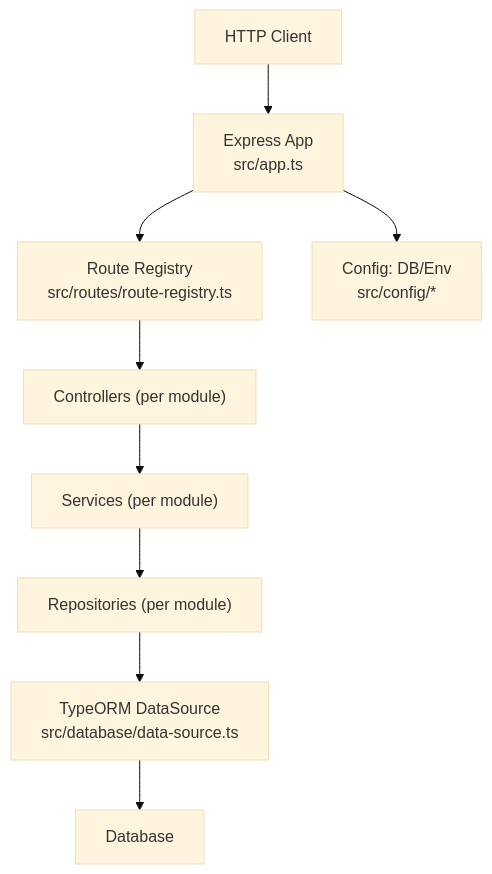
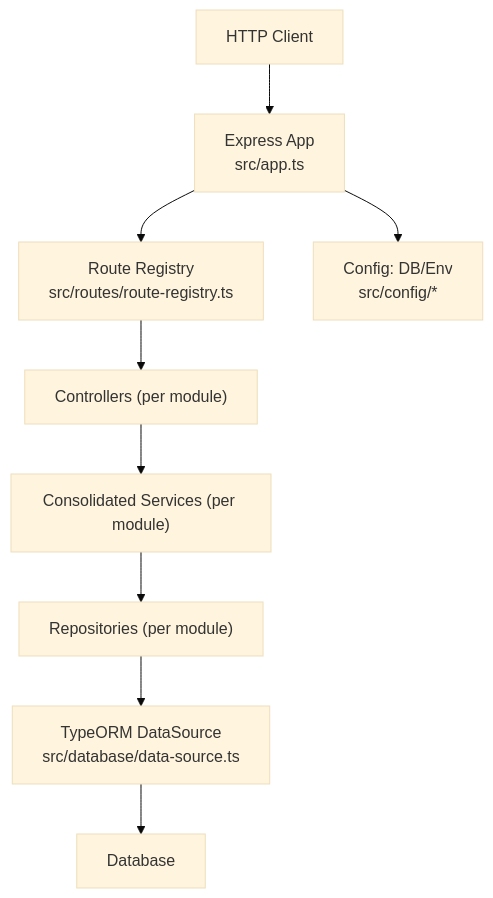
Before and after one commit to franckylab/eLISAschool: the first of 5 diagrams in .qoder/repowiki/en/content/System Architecture/Backend Architecture/Layered Architecture & Components.md, drawn with Mermaid (base theme). The commit also changed other lines of this file and 101 other files, not shown here.

First line of the commit message:
docs(architecture): document refonte de l’architecture backend et améliorations frontend

````diff
--- a/.qoder/repowiki/en/content/System Architecture/Backend Architecture/Layered Architecture & Components.md
+++ b/.qoder/repowiki/en/content/System Architecture/Backend Architecture/Layered Architecture & Components.md
@@ -36,11 +45,11 @@
 ```mermaid
 graph TB
 A["HTTP Client"] --> B["Express App<br/>src/app.ts"]
 B --> C["Route Registry<br/>src/routes/route-registry.ts"]
 C --> D["Controllers (per module)"]
-D --> E["Services (per module)"]
+D --> E["Consolidated Services (per module)"]
 E --> F["Repositories (per module)"]
 F --> G["TypeORM DataSource<br/>src/database/data-source.ts"]
 G --> H["Database"]
 B --> I["Config: DB/Env<br/>src/config/*"]
 ```
````
